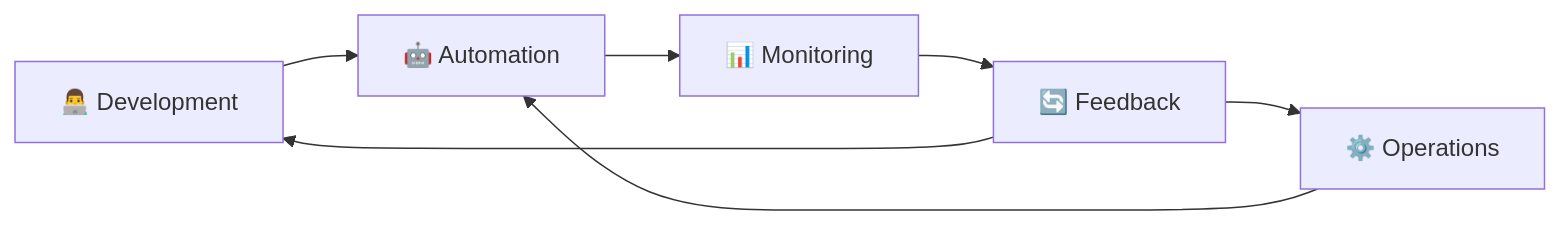
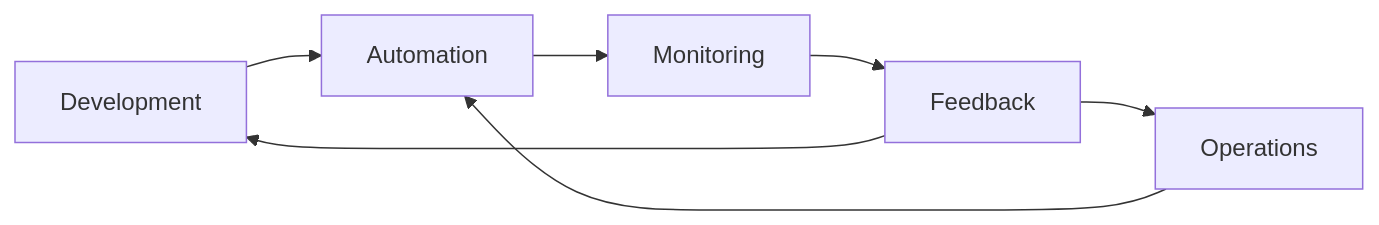
One commit to Yuvii2102/My-Devops-Cloud-Journey changed the third of 31 diagrams in DevOps-Labs-and-Projects/ Day-01 to Day-06/README.md. Above: the diagram before and after it, drawn with Mermaid. The commit also changed other lines of this file, not shown here.

First line of the commit message:
Improved my DevOps learning notes (Day 01–06)

````diff
--- a/DevOps-Labs-and-Projects/ Day-01 to Day-06/README.md
+++ b/DevOps-Labs-and-Projects/ Day-01 to Day-06/README.md
@@ -78,15 +62,9 @@
 ```mermaid
 flowchart LR
-    DEV["👨‍💻 Development"]
-    OPS["⚙️ Operations"]
-    AUTO["🤖 Automation"]
-    MON["📊 Monitoring"]
-    FEEDBACK["🔄 Feedback"]
-
-    DEV --> AUTO
-    OPS --> AUTO
-    AUTO --> MON
-    MON --> FEEDBACK
-    FEEDBACK --> DEV
-    FEEDBACK --> OPS
+    DEV["Development"] --> AUTO["Automation"]
+    OPS["Operations"] --> AUTO
+    AUTO --> MON["Monitoring"]
+    MON --> FB["Feedback"]
+    FB --> DEV
+    FB --> OPS
 ```
````
